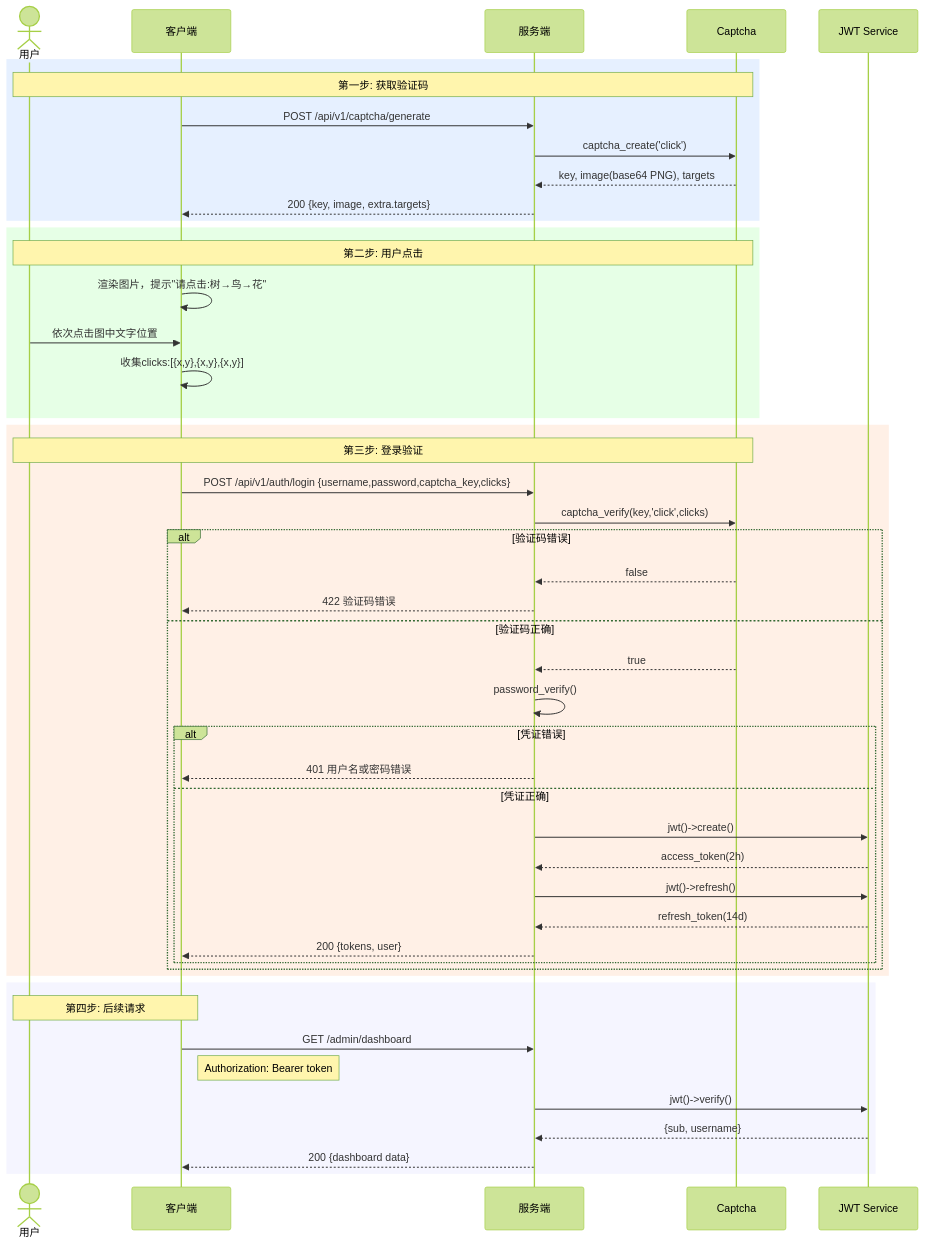
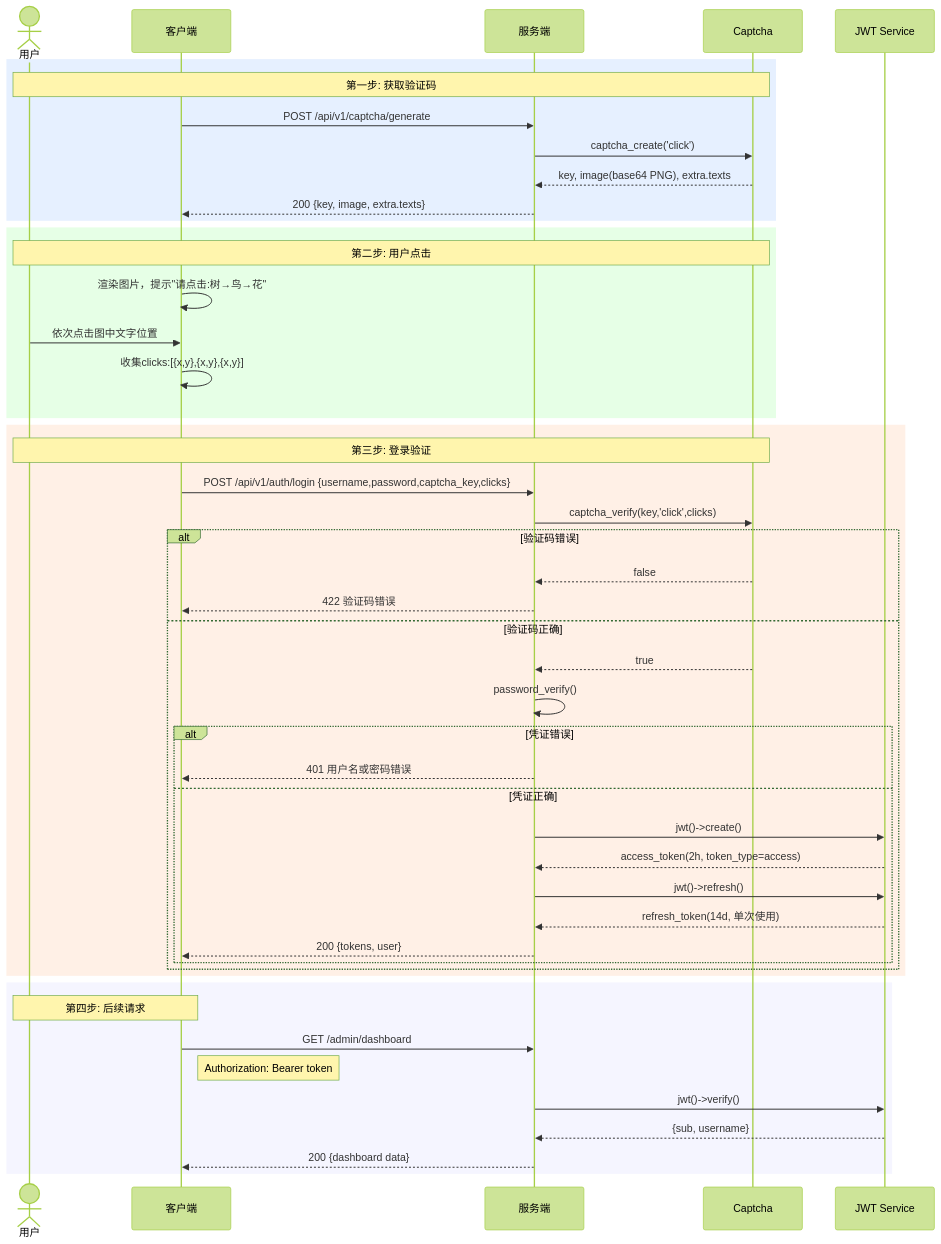
Before and after one commit to erikwang2013/integrated-global-logistics: the diagram in admin/docs/diagrams/04-auth-captcha-flow.md, drawn with Mermaid (forest theme). The commit also changed 88 other files, not shown here.

````diff
--- a/admin/docs/diagrams/04-auth-captcha-flow.md
+++ b/admin/docs/diagrams/04-auth-captcha-flow.md
@@ -3,55 +3,55 @@
 ```mermaid
 sequenceDiagram
     actor U as 用户
     participant CL as 客户端
     participant SV as 服务端
     participant CAP as Captcha
     participant JWT as JWT Service
 
     rect rgb(230, 240, 255)
     Note over U,CAP: 第一步: 获取验证码
     CL->>SV: POST /api/v1/captcha/generate
     SV->>CAP: captcha_create('click')
-    CAP-->>SV: key, image(base64 PNG), targets
-    SV-->>CL: 200 {key, image, extra.targets}
+    CAP-->>SV: key, image(base64 PNG), extra.texts
+    SV-->>CL: 200 {key, image, extra.texts}
     end
 
     rect rgb(230, 255, 230)
     Note over U,CAP: 第二步: 用户点击
     CL->>CL: 渲染图片，提示"请点击:树→鸟→花"
     U->>CL: 依次点击图中文字位置
     CL->>CL: 收集clicks:[{x,y},{x,y},{x,y}]
     end
 
     rect rgb(255, 240, 230)
     Note over U,CAP: 第三步: 登录验证
     CL->>SV: POST /api/v1/auth/login {username,password,captcha_key,clicks}
     SV->>CAP: captcha_verify(key,'click',clicks)
 
     alt 验证码错误
         CAP-->>SV: false
         SV-->>CL: 422 验证码错误
     else 验证码正确
         CAP-->>SV: true
         SV->>SV: password_verify()
         alt 凭证错误
             SV-->>CL: 401 用户名或密码错误
         else 凭证正确
             SV->>JWT: jwt()->create()
-            JWT-->>SV: access_token(2h)
+            JWT-->>SV: access_token(2h, token_type=access)
             SV->>JWT: jwt()->refresh()
-            JWT-->>SV: refresh_token(14d)
+            JWT-->>SV: refresh_token(14d, 单次使用)
             SV-->>CL: 200 {tokens, user}
         end
     end
     end
 
     rect rgb(245, 245, 255)
     Note over U,CL: 第四步: 后续请求
     CL->>SV: GET /admin/dashboard
     Note right of CL: Authorization: Bearer token
     SV->>JWT: jwt()->verify()
     JWT-->>SV: {sub, username}
     SV-->>CL: 200 {dashboard data}
     end
 ```
````
